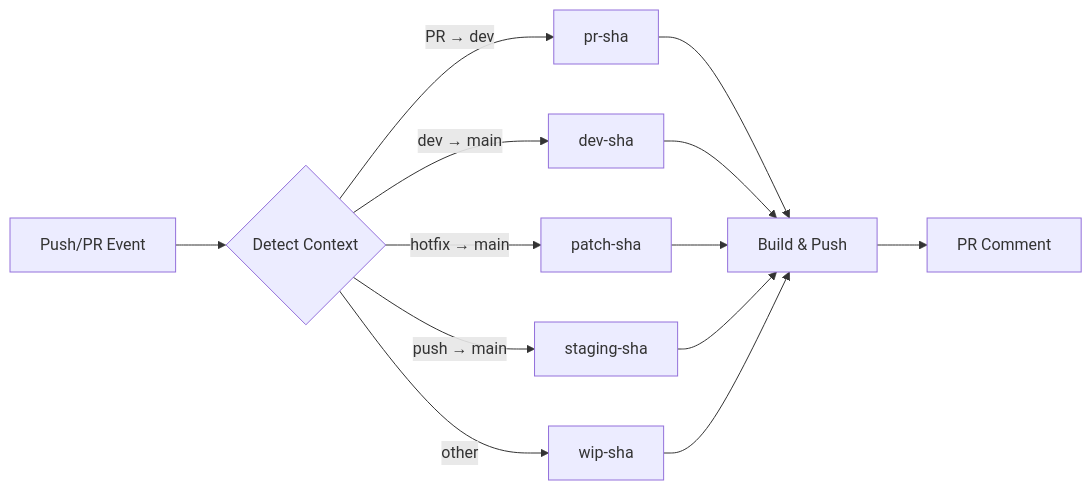
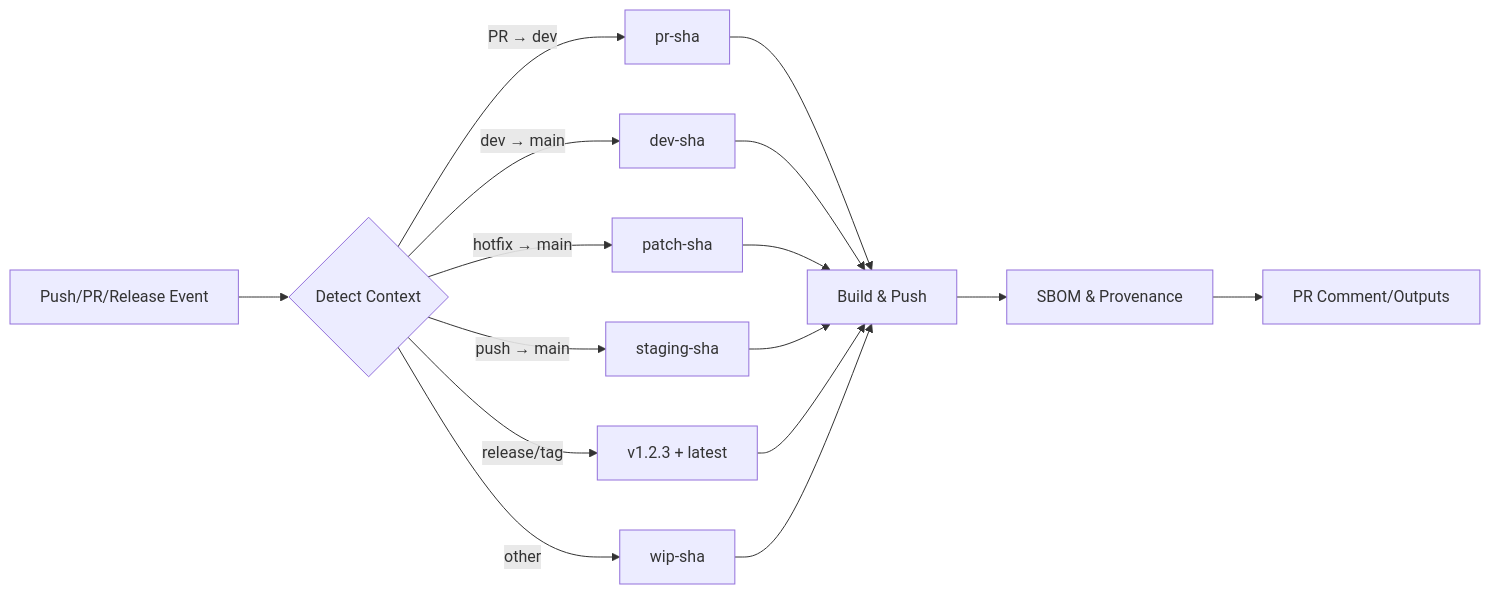
The diagram in README.md (wgtechlabs/container-build-flow-action), drawn with Mermaid before and after one commit. The commit also changed other lines of this file and 3 other files, not shown here.

Commit message:
Add release flow support with semantic versioning

````diff
--- a/README.md
+++ b/README.md
@@ -26,15 +30,18 @@
 ```mermaid
 graph LR
-    A[Push/PR Event] --> B{Detect Context}
+    A[Push/PR/Release Event] --> B{Detect Context}
     B -->|PR → dev| C[pr-sha]
     B -->|dev → main| D[dev-sha]
     B -->|hotfix → main| E[patch-sha]
     B -->|push → main| F[staging-sha]
-    B -->|other| G[wip-sha]
-    C --> H[Build & Push]
-    D --> H
-    E --> H
-    F --> H
-    G --> H
-    H --> I[PR Comment]
+    B -->|release/tag| G[v1.2.3 + latest]
+    B -->|other| H[wip-sha]
+    C --> I[Build & Push]
+    D --> I
+    E --> I
+    F --> I
+    G --> I
+    H --> I
+    I --> J[SBOM & Provenance]
+    J --> K[PR Comment/Outputs]
 ```
````
